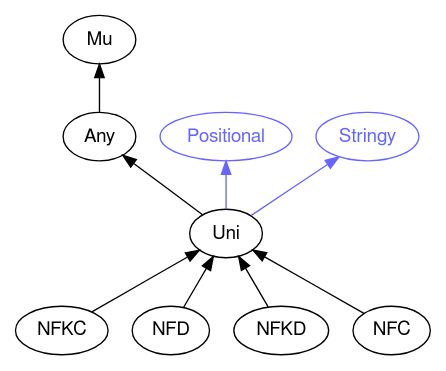
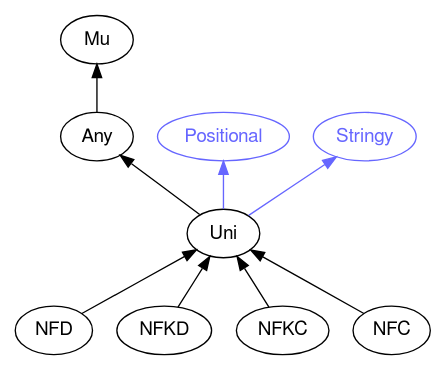
The diagram in images/type-graph-Uni.svg.dot (rakudocs/rakudocs.github.io), drawn with Graphviz before and after one commit. The commit also changed 2332 other files, not shown here.

```diff
--- a/images/type-graph-Uni.svg.dot
+++ b/images/type-graph-Uni.svg.dot
@@ -1,28 +1,27 @@
 digraph "perl6-type-graph" {
     rankdir=BT;
     splines=polyline;
     overlap=false; 
-    graph [truecolor=true bgcolor="#FFFFFF"];
     // Types
     "Uni" [color="#000000", fontcolor="#000000", href="/type/Uni", fontname="FreeSans"];
     "Mu" [color="#000000", fontcolor="#000000", href="/type/Mu", fontname="FreeSans"];
     "Any" [color="#000000", fontcolor="#000000", href="/type/Any", fontname="FreeSans"];
     "Positional" [color="#6666FF", fontcolor="#6666FF", href="/type/Positional", fontname="FreeSans"];
     "Stringy" [color="#6666FF", fontcolor="#6666FF", href="/type/Stringy", fontname="FreeSans"];
-    "NFKC" [color="#000000", fontcolor="#000000", href="/type/NFKC", fontname="FreeSans"];
     "NFD" [color="#000000", fontcolor="#000000", href="/type/NFD", fontname="FreeSans"];
     "NFKD" [color="#000000", fontcolor="#000000", href="/type/NFKD", fontname="FreeSans"];
+    "NFKC" [color="#000000", fontcolor="#000000", href="/type/NFKC", fontname="FreeSans"];
     "NFC" [color="#000000", fontcolor="#000000", href="/type/NFC", fontname="FreeSans"];
 
     // Superclasses
     "Uni" -> "Any" [color="#000000"];
     "Any" -> "Mu" [color="#000000"];
-    "NFKC" -> "Uni" [color="#000000"];
     "NFD" -> "Uni" [color="#000000"];
     "NFKD" -> "Uni" [color="#000000"];
+    "NFKC" -> "Uni" [color="#000000"];
     "NFC" -> "Uni" [color="#000000"];
 
     // Roles
     "Uni" -> "Positional" [color="#6666FF"];
     "Uni" -> "Stringy" [color="#6666FF"];
 }
```
